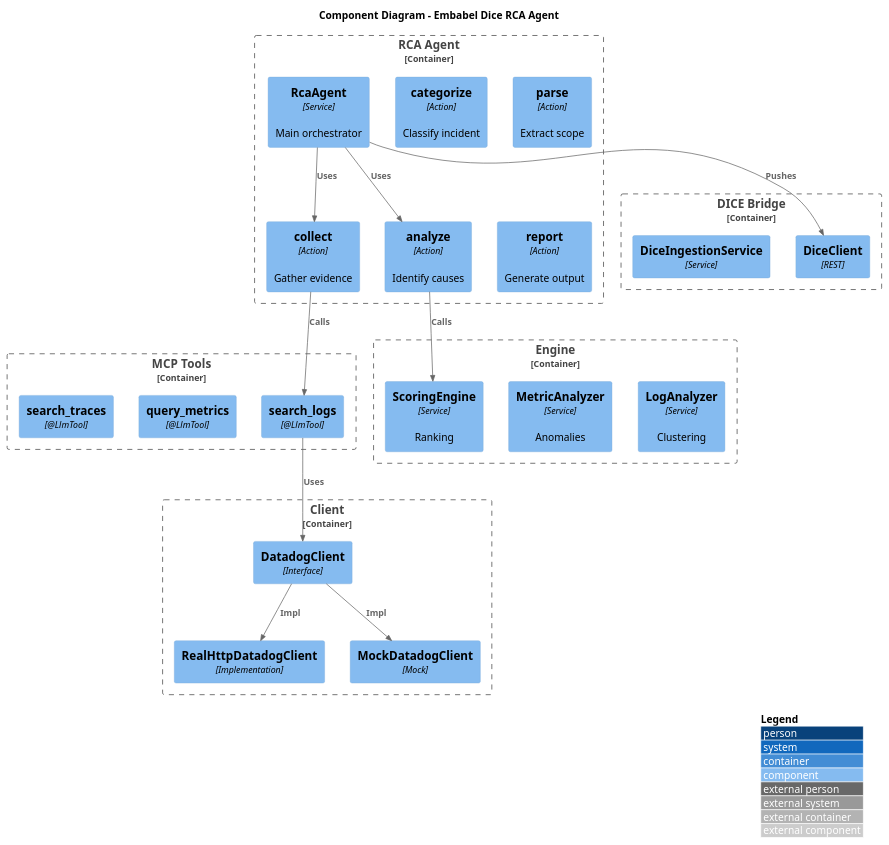
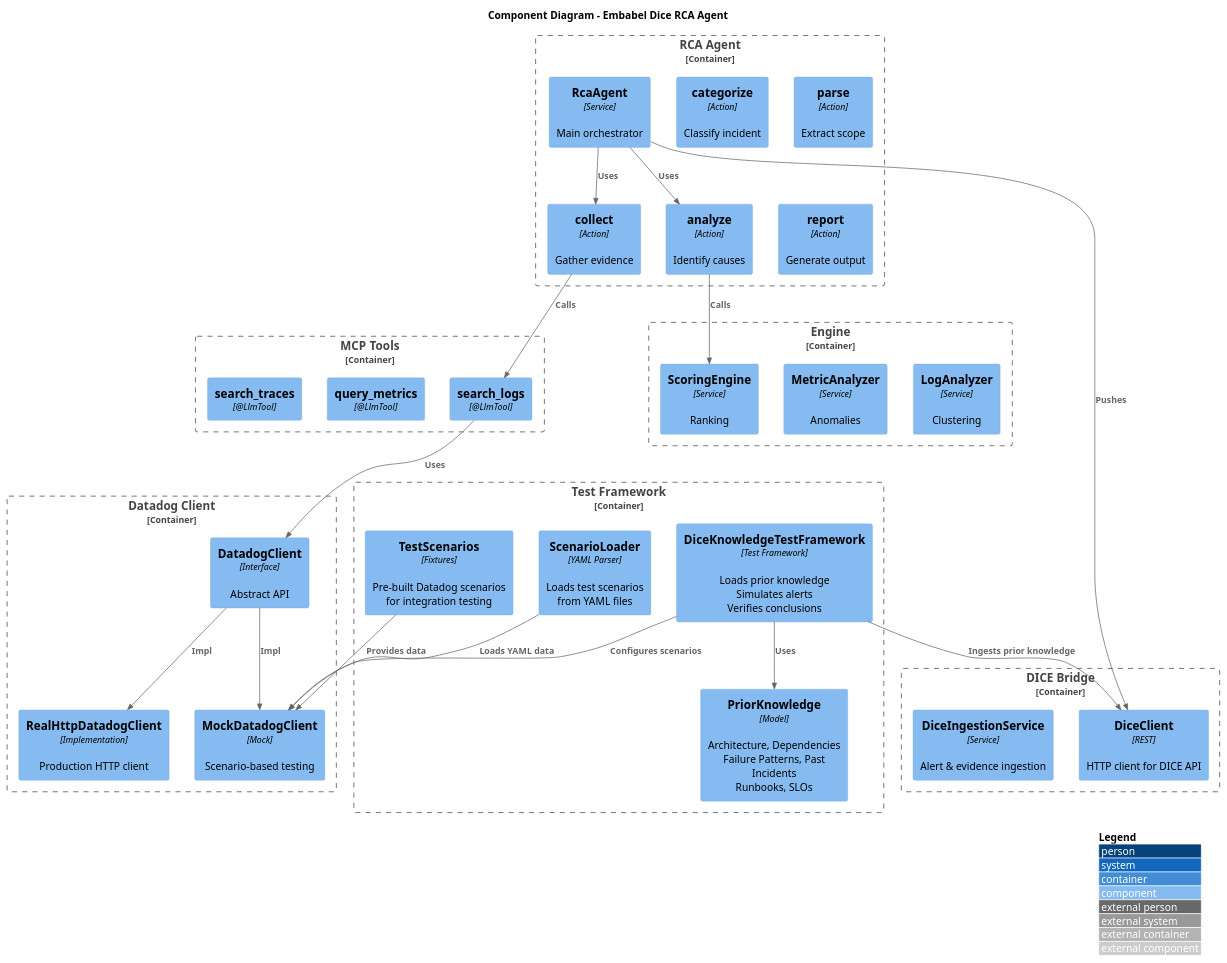
Before and after one commit to menkelabs/datadog-drilldown: the diagram in embabel-dice-rca/docs/architecture/c4-component.puml, drawn with PlantUML. The commit also changed 5 other files, not shown here.

First line of the commit message:
Align PlantUML diagrams with new DICE-based testing framework

```diff
--- a/embabel-dice-rca/docs/architecture/c4-component.puml
+++ b/embabel-dice-rca/docs/architecture/c4-component.puml
@@ -1,50 +1,63 @@
 @startuml C4_Component
 !include https://raw.githubusercontent.com/plantuml-stdlib/C4-PlantUML/master/C4_Component.puml
 
 LAYOUT_WITH_LEGEND()
 
 title Component Diagram - Embabel Dice RCA Agent
 
 Container_Boundary(agentBoundary, "RCA Agent") {
     Component(agent, "RcaAgent", "Service", "Main orchestrator")
     Component(categorize, "categorize", "Action", "Classify incident")
     Component(parse, "parse", "Action", "Extract scope")
     Component(collect, "collect", "Action", "Gather evidence")
     Component(analyze, "analyze", "Action", "Identify causes")
     Component(report, "report", "Action", "Generate output")
 }
 
 Container_Boundary(toolsBoundary, "MCP Tools") {
     Component(logTool, "search_logs", "@LlmTool", "")
     Component(metricTool, "query_metrics", "@LlmTool", "")
     Component(traceTool, "search_traces", "@LlmTool", "")
 }
 
 Container_Boundary(engineBoundary, "Engine") {
     Component(logAna, "LogAnalyzer", "Service", "Clustering")
     Component(metricAna, "MetricAnalyzer", "Service", "Anomalies")
     Component(scoring, "ScoringEngine", "Service", "Ranking")
 }
 
-Container_Boundary(clientBoundary, "Client") {
-    Component(ddInt, "DatadogClient", "Interface", "")
-    Component(ddReal, "RealHttpDatadogClient", "Implementation", "")
-    Component(ddMock, "MockDatadogClient", "Mock", "")
+Container_Boundary(clientBoundary, "Datadog Client") {
+    Component(ddInt, "DatadogClient", "Interface", "Abstract API")
+    Component(ddReal, "RealHttpDatadogClient", "Implementation", "Production HTTP client")
+    Component(ddMock, "MockDatadogClient", "Mock", "Scenario-based testing")
 }
 
 Container_Boundary(bridgeBoundary, "DICE Bridge") {
-    Component(diceCli, "DiceClient", "REST", "")
-    Component(diceSvc, "DiceIngestionService", "Service", "")
+    Component(diceCli, "DiceClient", "REST", "HTTP client for DICE API")
+    Component(diceSvc, "DiceIngestionService", "Service", "Alert & evidence ingestion")
+}
+
+Container_Boundary(testBoundary, "Test Framework") {
+    Component(testFw, "DiceKnowledgeTestFramework", "Test Framework", "Loads prior knowledge\nSimulates alerts\nVerifies conclusions")
+    Component(priorKnowledge, "PriorKnowledge", "Model", "Architecture, Dependencies\nFailure Patterns, Past Incidents\nRunbooks, SLOs")
+    Component(scenarioLoader, "ScenarioLoader", "YAML Parser", "Loads test scenarios\nfrom YAML files")
+    Component(testScenarios, "TestScenarios", "Fixtures", "Pre-built Datadog scenarios\nfor integration testing")
 }
 
 Rel(agent, collect, "Uses")
 Rel(collect, logTool, "Calls")
 Rel(logTool, ddInt, "Uses")
 Rel(ddInt, ddReal, "Impl")
 Rel(ddInt, ddMock, "Impl")
 
 Rel(agent, analyze, "Uses")
 Rel(analyze, scoring, "Calls")
 Rel(agent, diceCli, "Pushes")
 
+Rel(testFw, diceCli, "Ingests prior knowledge")
+Rel(testFw, ddMock, "Configures scenarios")
+Rel(scenarioLoader, ddMock, "Loads YAML data")
+Rel(testFw, priorKnowledge, "Uses")
+Rel(testScenarios, ddMock, "Provides data")
+
 @enduml
```
